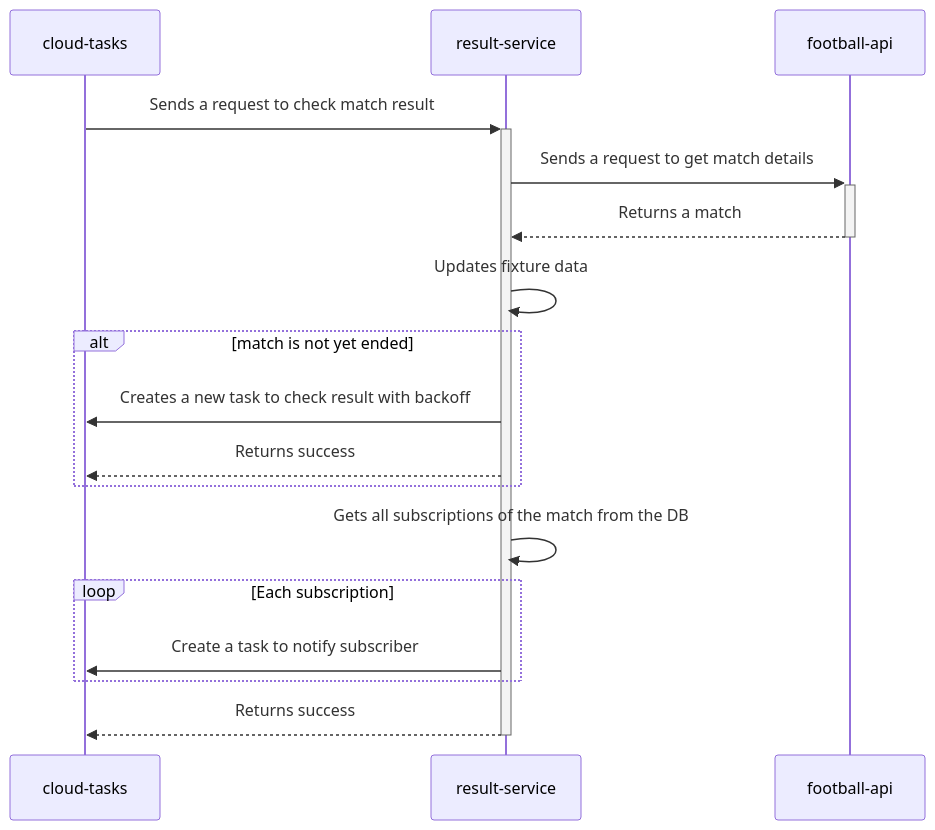
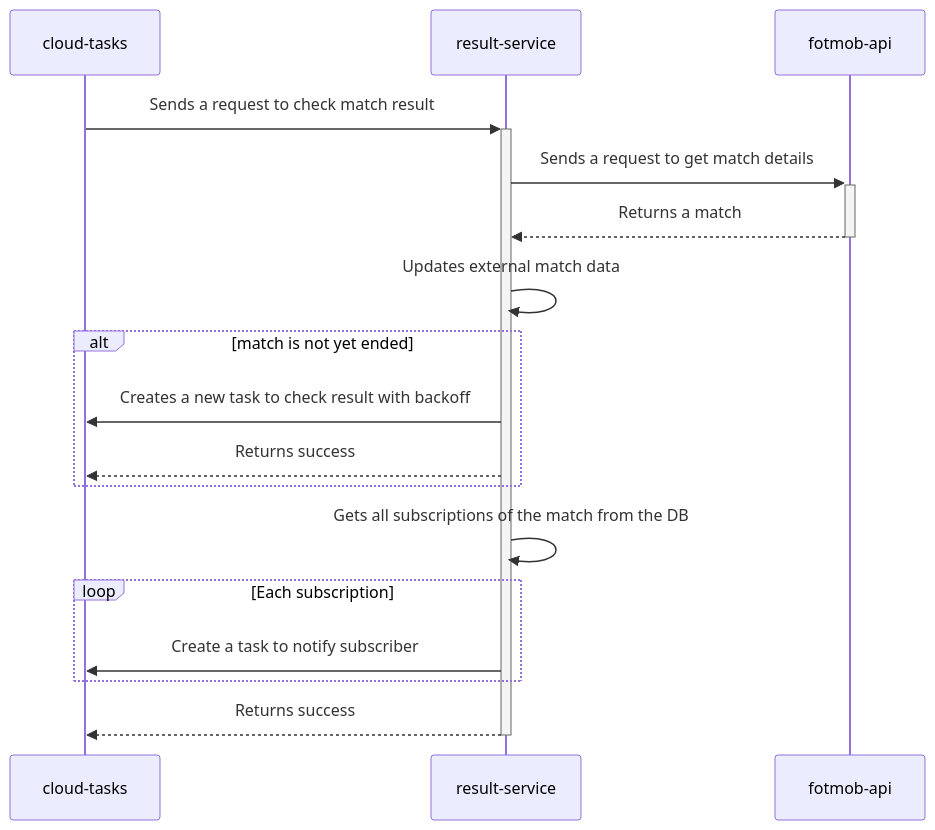
One commit to andrewshostak/result-service changed the fifth of 7 diagrams in README.md. Above: the diagram before and after it, drawn with Mermaid. The commit also changed other lines of this file and 13 other files, not shown here.

Commit message:
Backfill aliases command with new external api client

````diff
--- a/README.md
+++ b/README.md
@@ -171,19 +174,19 @@
 ```mermaid
 sequenceDiagram
     participant CloudTasks as cloud-tasks
     participant ResultService as result-service
-    participant FootballAPI as football-api
+    participant Fotmob as fotmob-api
     CloudTasks->>+ResultService: Sends a request to check match result
-    ResultService->>+FootballAPI: Sends a request to get match details
-    FootballAPI-->>-ResultService: Returns a match
-    ResultService->>ResultService: Updates fixture data
+    ResultService->>+Fotmob: Sends a request to get match details
+    Fotmob-->>-ResultService: Returns a match
+    ResultService->>ResultService: Updates external match data
     alt match is not yet ended
         ResultService->>CloudTasks: Creates a new task to check result with backoff
         ResultService-->>CloudTasks: Returns success
     end
     ResultService->>ResultService: Gets all subscriptions of the match from the DB 
     loop Each subscription
         ResultService->>CloudTasks: Create a task to notify subscriber
     end
     ResultService-->>-CloudTasks: Returns success
 ```
````
